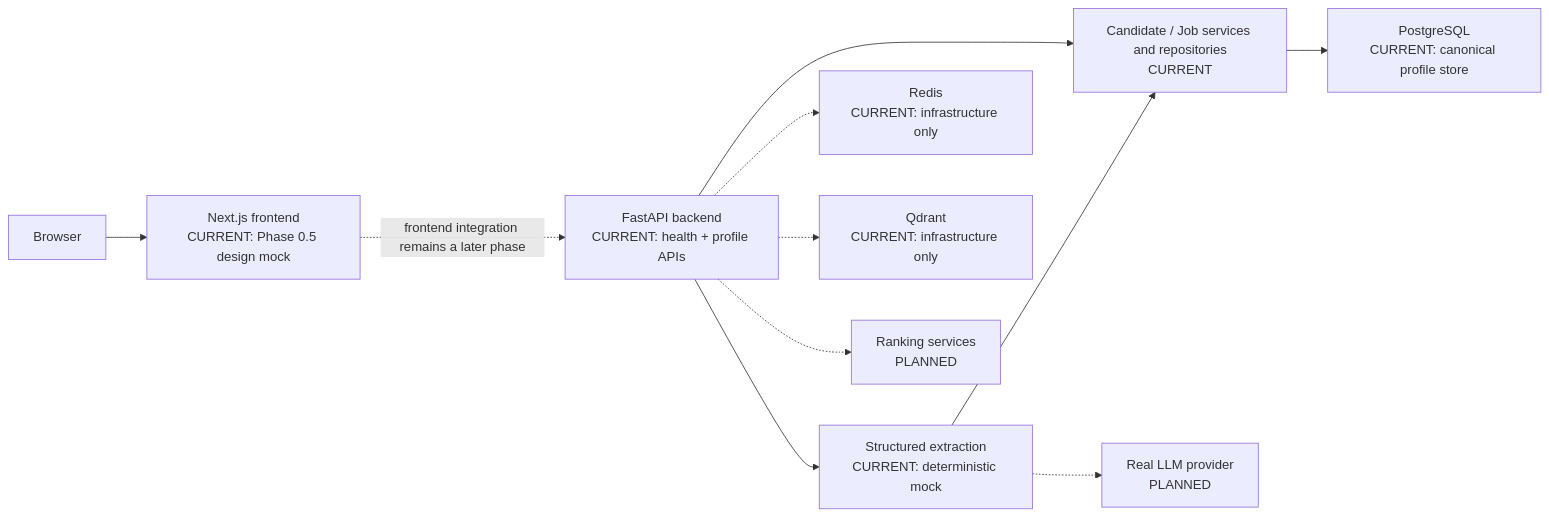
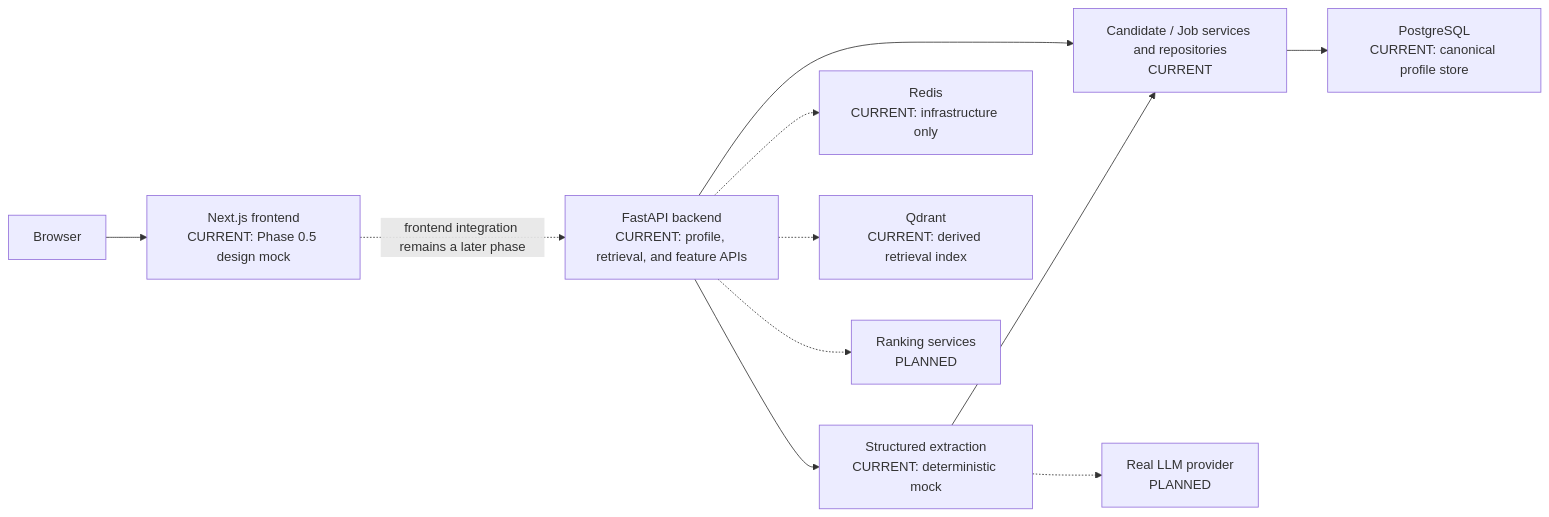
Before and after one commit to rM0on/peoplematch-agent: the second of 2 diagrams in README.md, drawn with Mermaid. The commit also changed other lines of this file and 30 other files, not shown here.

````diff
--- a/README.md
+++ b/README.md
@@ -59,13 +59,13 @@
 ```mermaid
 flowchart LR
     Browser["Browser"] --> Web["Next.js frontend\nCURRENT: Phase 0.5 design mock"]
-    Web -. "frontend integration remains a later phase" .-> API["FastAPI backend\nCURRENT: health + profile APIs"]
+    Web -. "frontend integration remains a later phase" .-> API["FastAPI backend\nCURRENT: profile, retrieval, and feature APIs"]
     API --> Extract["Structured extraction\nCURRENT: deterministic mock"]
     Extract --> Domain["Candidate / Job services and repositories\nCURRENT"]
     API --> Domain
     Domain --> PG["PostgreSQL\nCURRENT: canonical profile store"]
     API -.-> Redis["Redis\nCURRENT: infrastructure only"]
-    API -.-> Qdrant["Qdrant\nCURRENT: infrastructure only"]
+    API -.-> Qdrant["Qdrant\nCURRENT: derived retrieval index"]
     API -.-> Matching["Ranking services\nPLANNED"]
     Extract -.-> AI["Real LLM provider\nPLANNED"]
 ```
````
